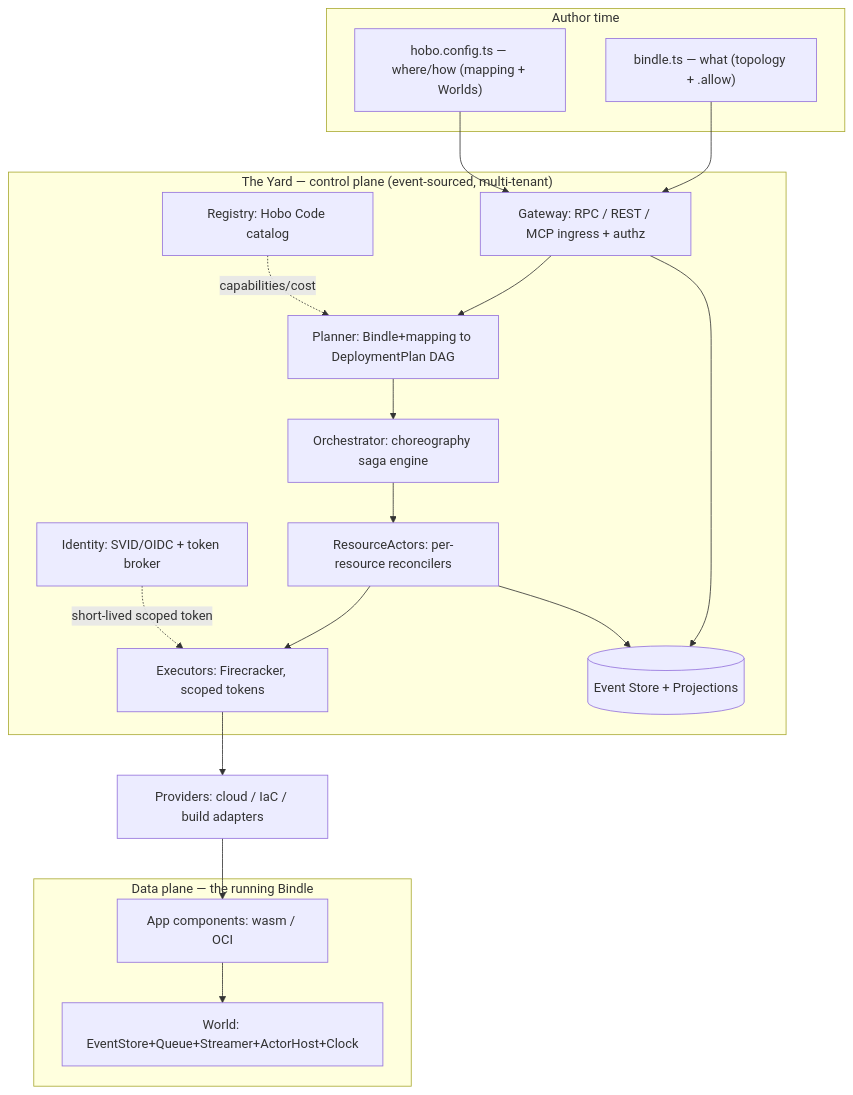
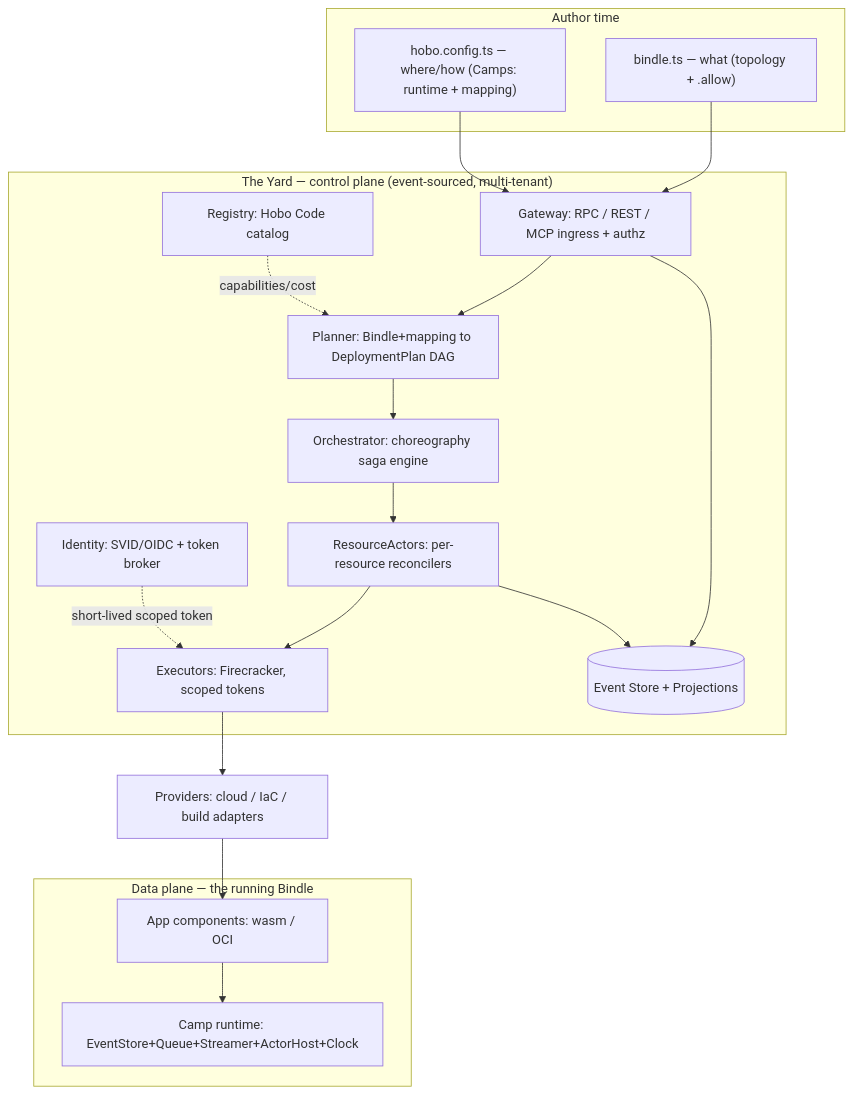
The diagram in docs/requirements/TRD.md (Tyler-R-Kendrick/HoBo), drawn with Mermaid before and after one commit. The commit also changed other lines of this file and 39 other files, not shown here.

````diff
--- a/docs/requirements/TRD.md
+++ b/docs/requirements/TRD.md
@@ -40,36 +40,36 @@
 ```mermaid
 flowchart TB
   subgraph Author["Author time"]
     B["bindle.ts — what (topology + .allow)"]
-    CFG["hobo.config.ts — where/how (mapping + Worlds)"]
+    CFG["hobo.config.ts — where/how (Camps: runtime + mapping)"]
   end
   subgraph Yard["The Yard — control plane (event-sourced, multi-tenant)"]
     GW["Gateway: RPC / REST / MCP ingress + authz"]
     IDP["Identity: SVID/OIDC + token broker"]
     REG["Registry: Hobo Code catalog"]
     PLN["Planner: Bindle+mapping to DeploymentPlan DAG"]
     ORC["Orchestrator: choreography saga engine"]
     RAC["ResourceActors: per-resource reconcilers"]
     EXE["Executors: Firecracker, scoped tokens"]
     EVT[("Event Store + Projections")]
   end
   subgraph Data["Data plane — the running Bindle"]
     APP["App components: wasm / OCI"]
-    WRL["World: EventStore+Queue+Streamer+ActorHost+Clock"]
+    WRL["Camp runtime: EventStore+Queue+Streamer+ActorHost+Clock"]
   end
   PROV["Providers: cloud / IaC / build adapters"]
 
   B --> GW
   CFG --> GW
   GW --> PLN
   REG -. capabilities/cost .-> PLN
   PLN --> ORC
   ORC --> RAC
   RAC --> EXE
   EXE --> PROV
   IDP -. short-lived scoped token .-> EXE
   GW --> EVT
   RAC --> EVT
   PROV --> APP
   APP --> WRL
 ```
````
